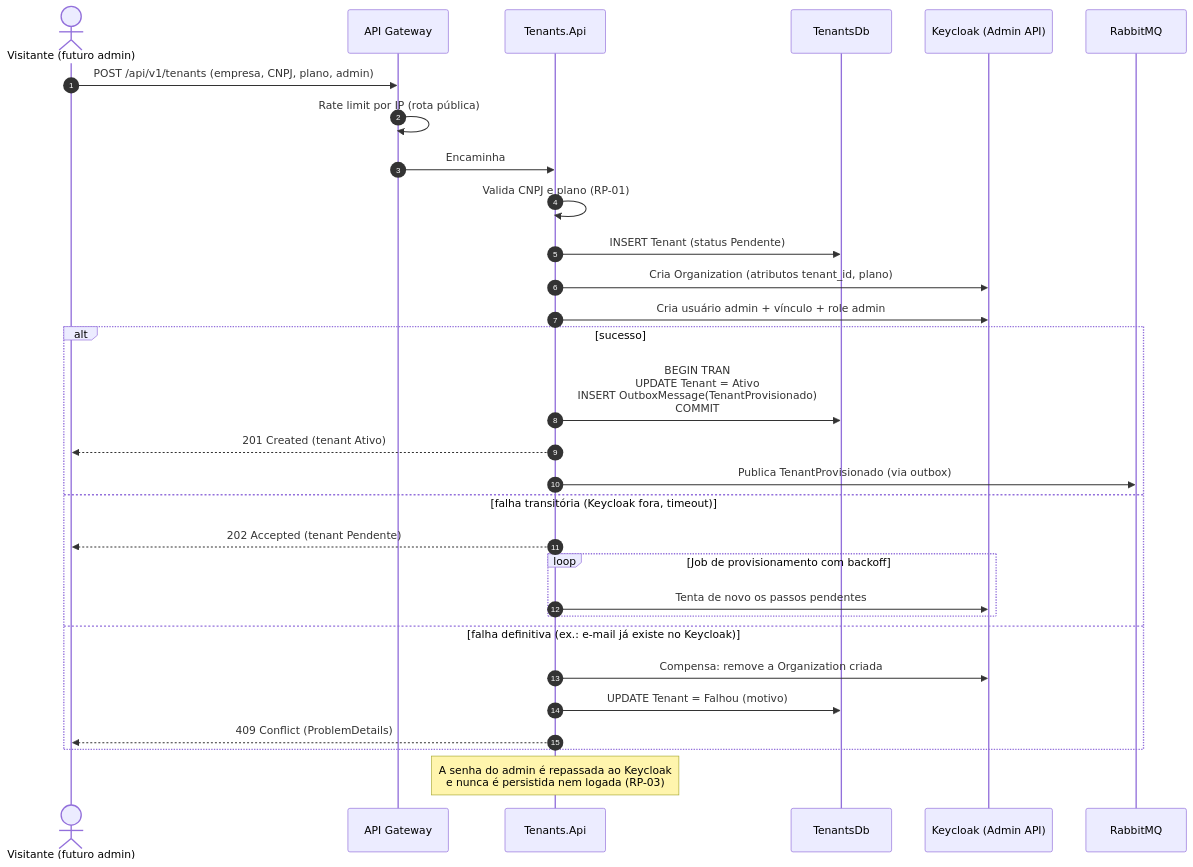
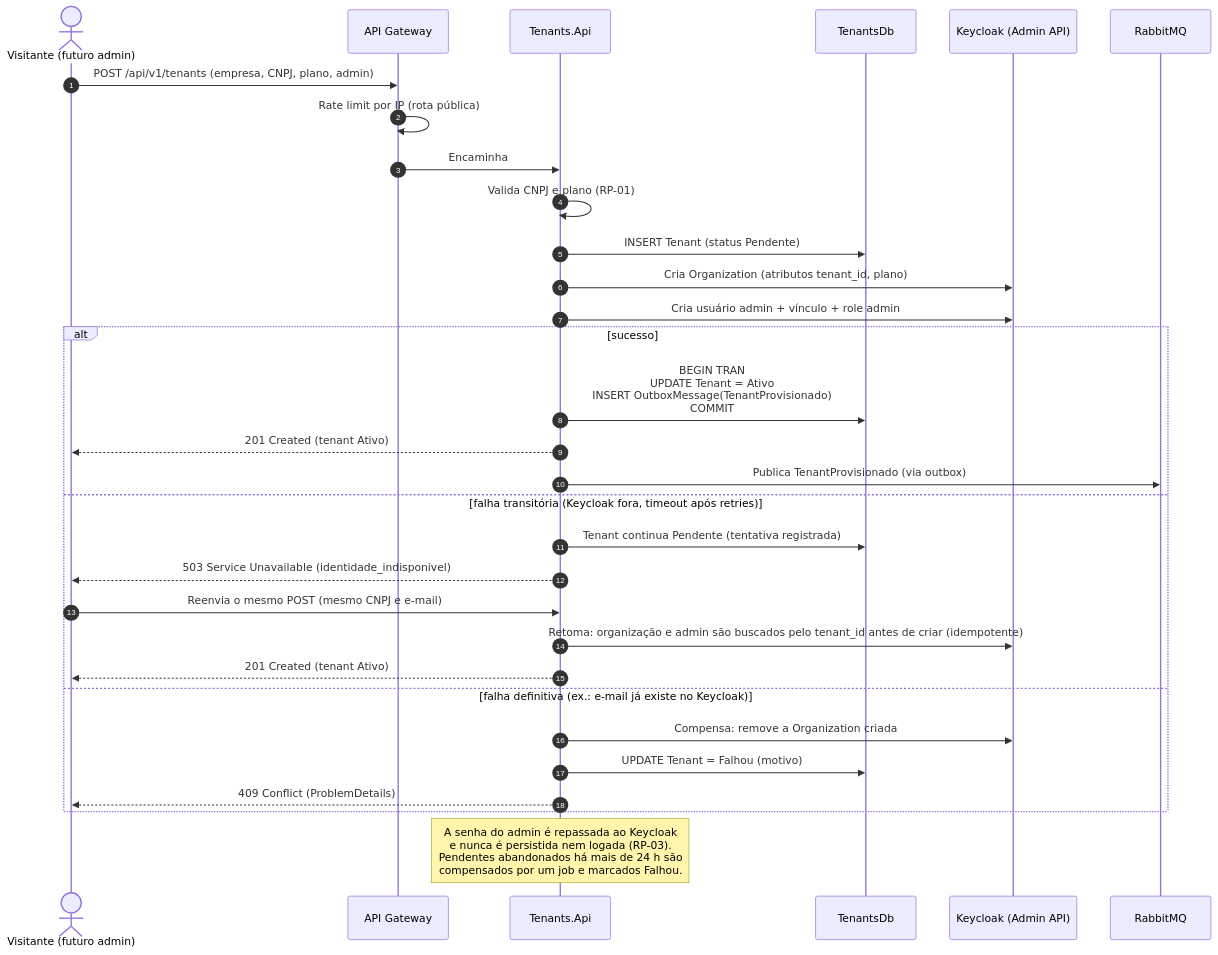
Before and after one commit to igorwaterloo/Verx-desafio20260922: the ninth of 13 diagrams in docs/architecture/fluxos.md, drawn with Mermaid. The commit also changed 7 other files, not shown here.

````diff
--- a/docs/architecture/fluxos.md
+++ b/docs/architecture/fluxos.md
@@ -261,33 +261,34 @@
 ```mermaid
 sequenceDiagram
     autonumber
     actor V as Visitante (futuro admin)
     participant G as API Gateway
     participant T as Tenants.Api
     participant TDB as TenantsDb
     participant KC as Keycloak (Admin API)
     participant MQ as RabbitMQ
 
     V->>G: POST /api/v1/tenants (empresa, CNPJ, plano, admin)
     G->>G: Rate limit por IP (rota pública)
     G->>T: Encaminha
     T->>T: Valida CNPJ e plano (RP-01)
     T->>TDB: INSERT Tenant (status Pendente)
     T->>KC: Cria Organization (atributos tenant_id, plano)
     T->>KC: Cria usuário admin + vínculo + role admin
     alt sucesso
         T->>TDB: BEGIN TRAN<br/>UPDATE Tenant = Ativo<br/>INSERT OutboxMessage(TenantProvisionado)<br/>COMMIT
         T-->>V: 201 Created (tenant Ativo)
         T->>MQ: Publica TenantProvisionado (via outbox)
-    else falha transitória (Keycloak fora, timeout)
-        T-->>V: 202 Accepted (tenant Pendente)
-        loop Job de provisionamento com backoff
-            T->>KC: Tenta de novo os passos pendentes
-        end
+    else falha transitória (Keycloak fora, timeout após retries)
+        T->>TDB: Tenant continua Pendente (tentativa registrada)
+        T-->>V: 503 Service Unavailable (identidade_indisponivel)
+        V->>T: Reenvia o mesmo POST (mesmo CNPJ e e-mail)
+        T->>KC: Retoma: organização e admin são buscados pelo tenant_id antes de criar (idempotente)
+        T-->>V: 201 Created (tenant Ativo)
     else falha definitiva (ex.: e-mail já existe no Keycloak)
         T->>KC: Compensa: remove a Organization criada
         T->>TDB: UPDATE Tenant = Falhou (motivo)
         T-->>V: 409 Conflict (ProblemDetails)
     end
-    Note over T: A senha do admin é repassada ao Keycloak<br/>e nunca é persistida nem logada (RP-03)
+    Note over T: A senha do admin é repassada ao Keycloak<br/>e nunca é persistida nem logada (RP-03).<br/>Pendentes abandonados há mais de 24 h são<br/>compensados por um job e marcados Falhou.
 ```
````
